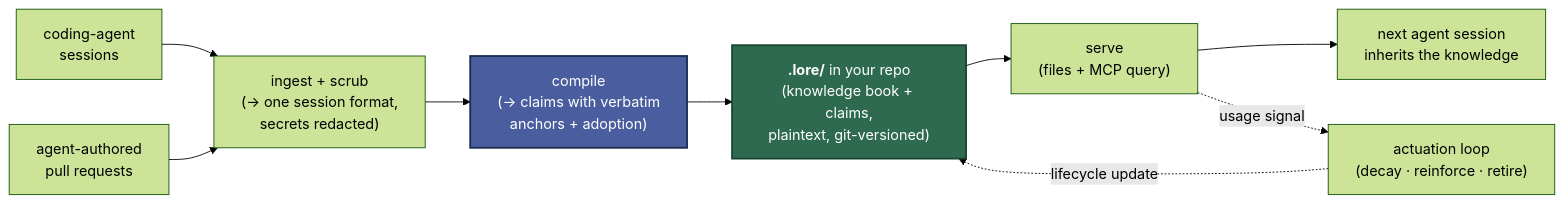
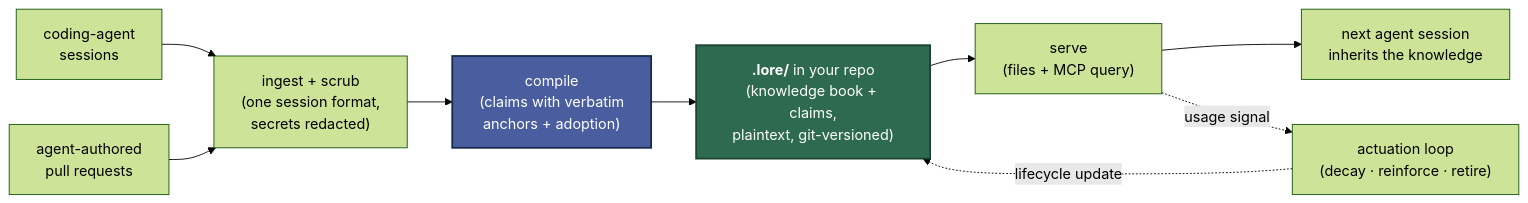
One commit to srijansk/crewlore changed the diagram in README.md. Above: the diagram before and after it, drawn with Mermaid (forest theme).

Commit message:
docs: make the README Mermaid diagram render on GitHub
GitHub showed "Unable to render rich display" for the 0.2.0 diagram. Define
the ingest node on its first edge and drop the arrow glyphs inside labels.

````diff
--- a/README.md
+++ b/README.md
@@ -131,17 +131,17 @@
 ```mermaid
 flowchart LR
-    S["coding-agent<br/>sessions"] --> I
-    P["agent-authored<br/>pull requests"] --> I["ingest + scrub<br/>(→ one session format,<br/>secrets redacted)"]
-    I --> C["compile<br/>(→ claims with verbatim<br/>anchors + adoption)"]
+    S["coding-agent<br/>sessions"] --> I["ingest + scrub<br/>(one session format,<br/>secrets redacted)"]
+    P["agent-authored<br/>pull requests"] --> I
+    I --> C["compile<br/>(claims with verbatim<br/>anchors + adoption)"]
     C --> R["<b>.lore/</b> in your repo<br/>(knowledge book + claims,<br/>plaintext, git-versioned)"]
     R --> SV["serve<br/>(files + MCP query)"]
     SV --> N["next agent session<br/>inherits the knowledge"]
 
     SV -. "usage signal" .-> AL["actuation loop<br/>(decay · reinforce · retire)"]
     AL -. "lifecycle update" .-> R
 
     classDef engine fill:#4a5d9e,stroke:#1a2c4d,color:#fff,stroke-width:2px
     classDef artifact fill:#2d6a4f,stroke:#1b4332,color:#fff,stroke-width:2px
     class C engine
     class R artifact
 ```
````
